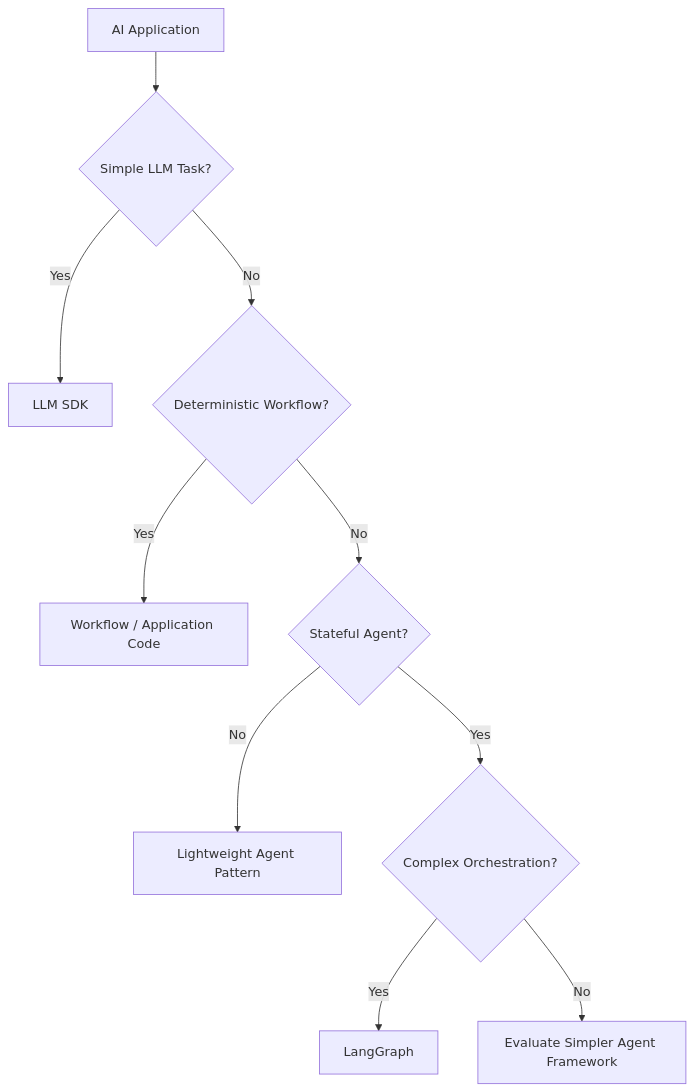
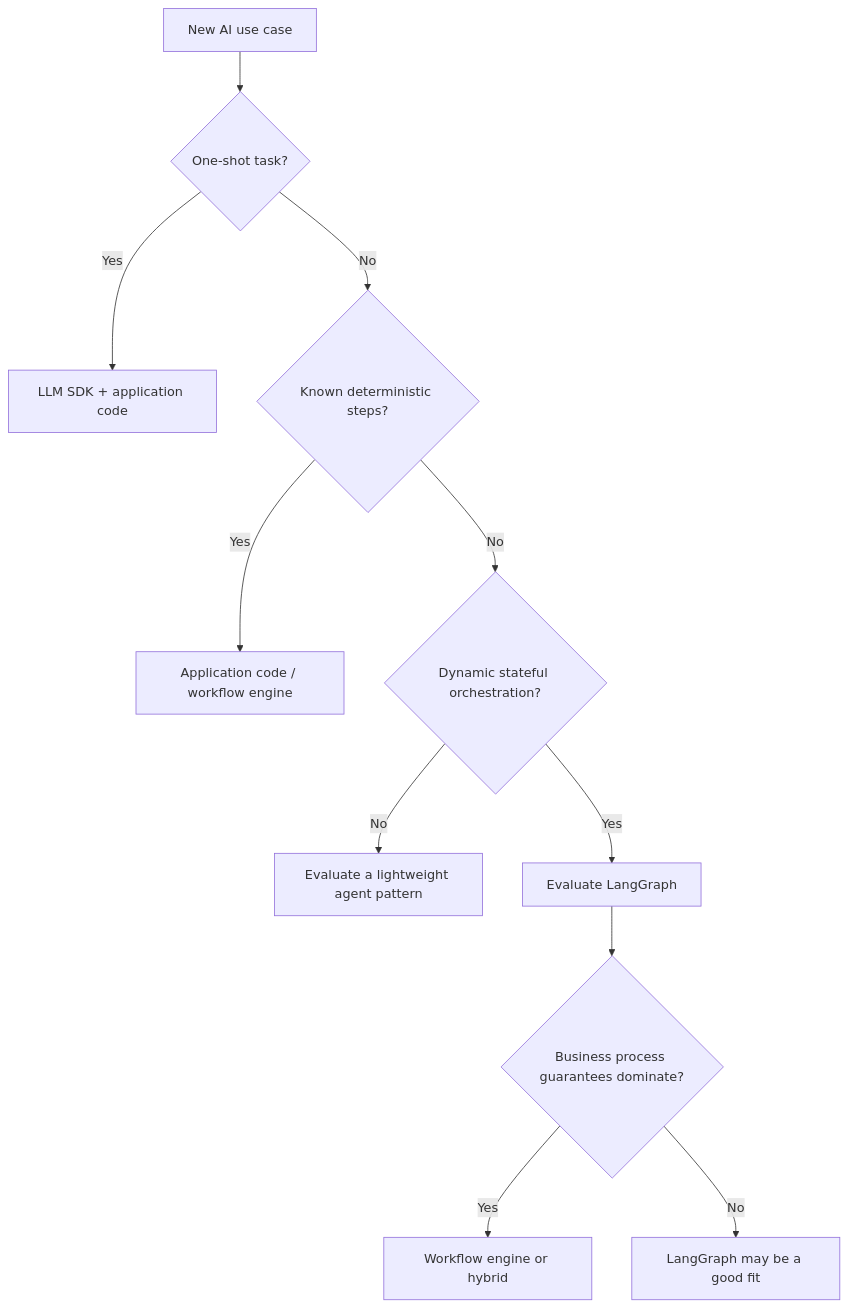
One commit to MihirKJha/enterprise-ai-engineering-handbook changed the fifth of 5 diagrams in docs/08-ai-engineering-frameworks/langgraph/26-langgraph-limitations-and-tradeoffs.md. Above: the diagram before and after it, drawn with Mermaid. The commit also changed other lines of this file and 10 other files, not shown here.

````diff
--- a/docs/08-ai-engineering-frameworks/langgraph/26-langgraph-limitations-and-tradeoffs.md
+++ b/docs/08-ai-engineering-frameworks/langgraph/26-langgraph-limitations-and-tradeoffs.md
@@ -2360,21 +244,13 @@
 ```mermaid
 flowchart TD
-
-    A[AI Application] --> B{Simple LLM Task?}
-
-    B -->|Yes| C[LLM SDK]
-
-    B -->|No| D{Deterministic Workflow?}
-
-    D -->|Yes| E[Workflow / Application Code]
-
-    D -->|No| F{Stateful Agent?}
-
-    F -->|No| G[Lightweight Agent Pattern]
-
-    F -->|Yes| H{Complex Orchestration?}
-
-    H -->|Yes| I[LangGraph]
-
-    H -->|No| J[Evaluate Simpler Agent Framework]
+    A[New AI use case] --> B{One-shot task?}
+    B -->|Yes| C[LLM SDK + application code]
+    B -->|No| D{Known deterministic steps?}
+    D -->|Yes| E[Application code / workflow engine]
+    D -->|No| F{Dynamic stateful orchestration?}
+    F -->|No| G[Evaluate a lightweight agent pattern]
+    F -->|Yes| H[Evaluate LangGraph]
+    H --> I{Business process guarantees dominate?}
+    I -->|Yes| J[Workflow engine or hybrid]
+    I -->|No| K[LangGraph may be a good fit]
 ```
````
